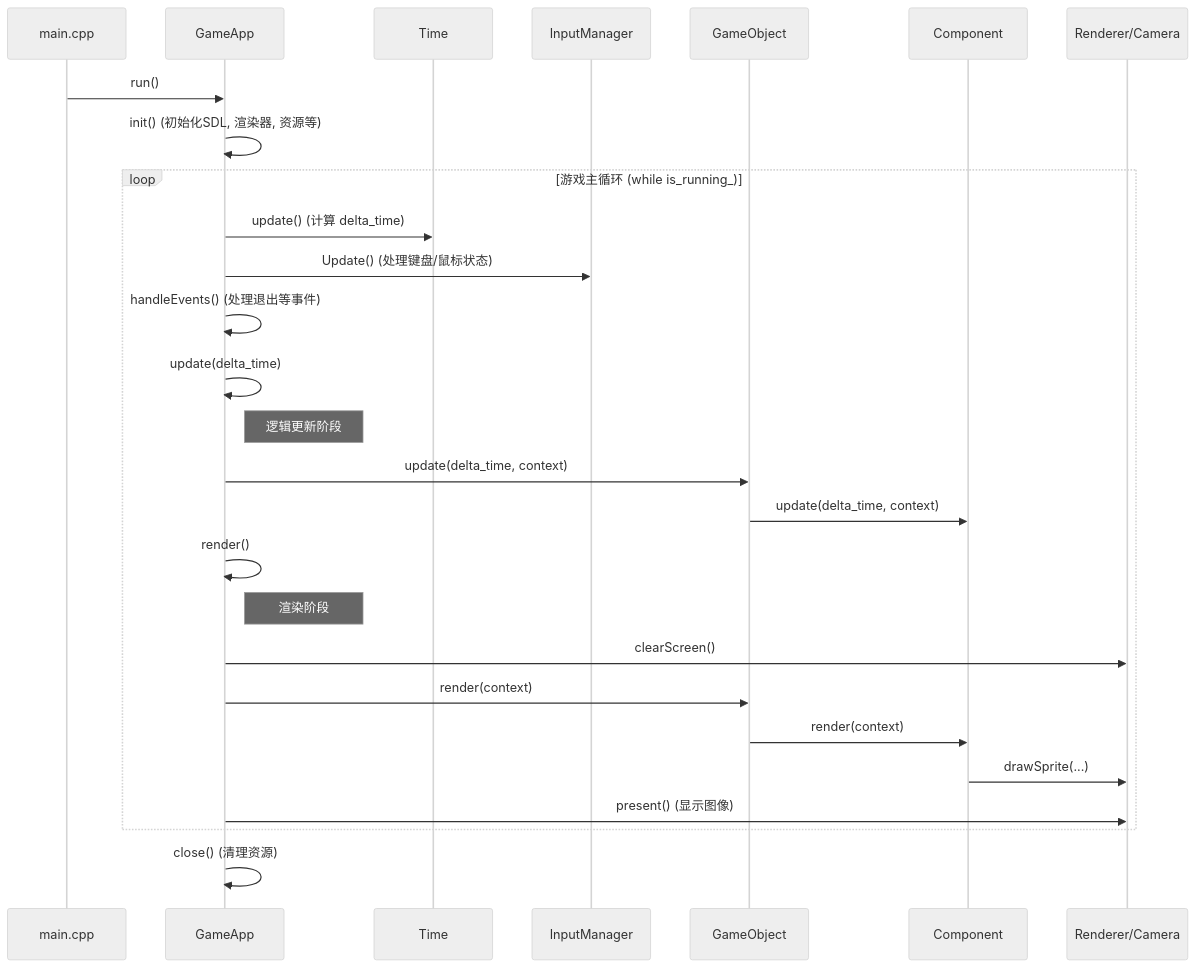
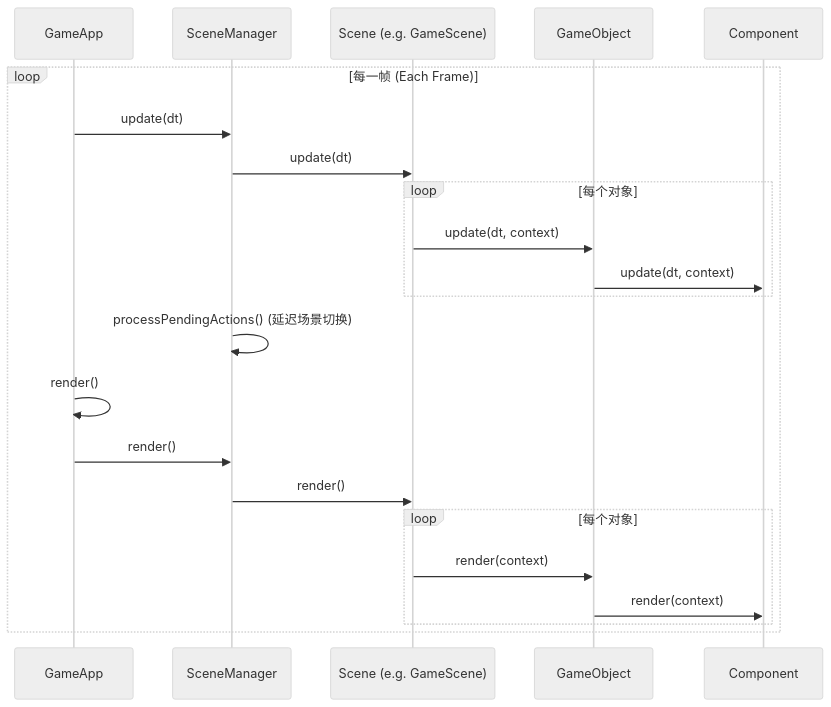
The second of 2 diagrams in docs/PROJECT_STRUCTURE.md (hezhangtdzs/SunnyLand), drawn with Mermaid (neutral theme) before and after one commit. The commit also changed other lines of this file and 16 other files, not shown here.

Commit message:
关卡加载器--图层

````diff
--- a/docs/PROJECT_STRUCTURE.md
+++ b/docs/PROJECT_STRUCTURE.md
@@ -87,34 +109,26 @@
 ```mermaid
 sequenceDiagram
-    participant Main as main.cpp
     participant App as GameApp
-    participant Time as Time
-    participant Input as InputManager
+    participant SM as SceneManager
+    participant Scene as Scene (e.g. GameScene)
     participant GO as GameObject
     participant Comp as Component
-    participant Scene as Renderer/Camera
 
-    Main->>App: run()
-    App->>App: init() (初始化SDL, 渲染器, 资源等)
-    
-    loop 游戏主循环 (while is_running_)
-        App->>Time: update() (计算 delta_time)
-        App->>Input: Update() (处理键盘/鼠标状态)
-        App->>App: handleEvents() (处理退出等事件)
-        
-        App->>App: update(delta_time)
-        Note right of App: 逻辑更新阶段
-        App->>GO: update(delta_time, context)
-        GO->>Comp: update(delta_time, context)
-        
+    loop 每一帧 (Each Frame)
+        App->>SM: update(dt)
+        SM->>Scene: update(dt)
+        loop 每个对象
+            Scene->>GO: update(dt, context)
+            GO->>Comp: update(dt, context)
+        end
+        SM->>SM: processPendingActions() (延迟场景切换)
+
         App->>App: render()
-        Note right of App: 渲染阶段
-        App->>Scene: clearScreen()
-        App->>GO: render(context)
-        GO->>Comp: render(context)
-        Comp->>Scene: drawSprite(...)
-        App->>Scene: present() (显示图像)
+        App->>SM: render()
+        SM->>Scene: render()
+        loop 每个对象
+            Scene->>GO: render(context)
+            GO->>Comp: render(context)
+        end
     end
-    
-    App->>App: close() (清理资源)
 ```
````
